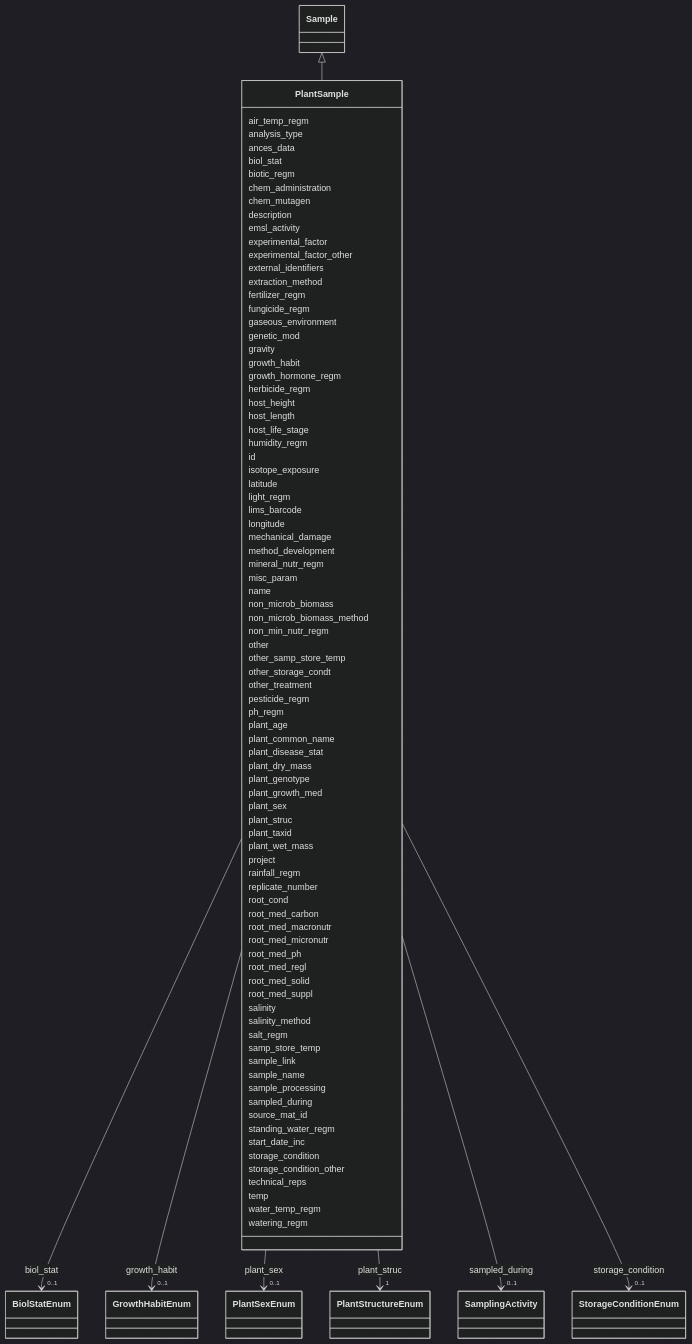
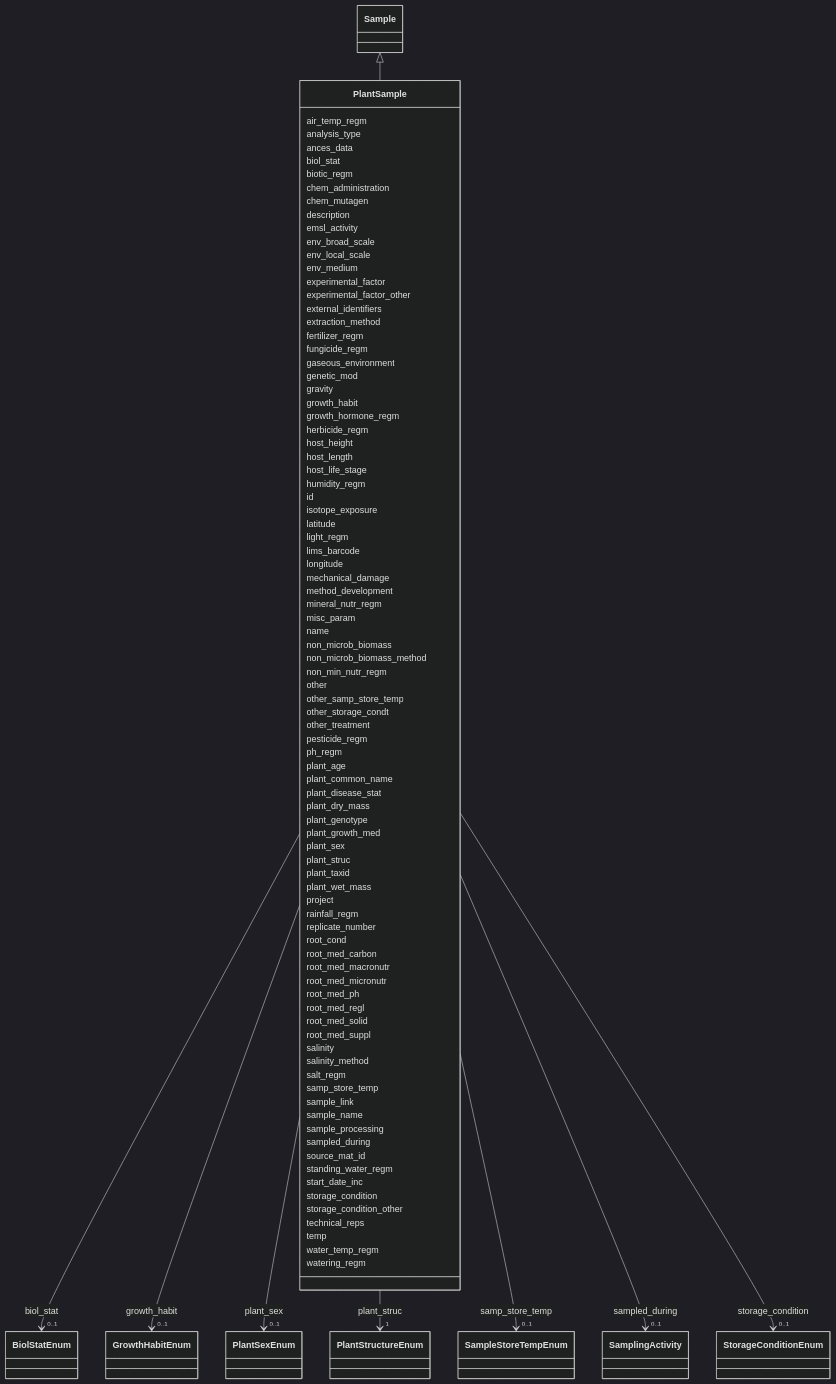
The diagram in docs/elements/PlantSample.md (EMSL-Computing/BASALT-Schema), drawn with Mermaid (dark theme) before and after one commit. The commit also changed other lines of this file and 388 other files, not shown here.

```diff
--- a/docs/elements/PlantSample.md
+++ b/docs/elements/PlantSample.md
@@ -50,6 +50,12 @@
       PlantSample : description
         
       PlantSample : emsl_activity
+        
+      PlantSample : env_broad_scale
+        
+      PlantSample : env_local_scale
+        
+      PlantSample : env_medium
         
       PlantSample : experimental_factor
         
@@ -211,6 +217,11 @@
           
     
     
+    
+    
+    PlantSample --> "0..1" SampleStoreTempEnum : samp_store_temp
+    click SampleStoreTempEnum href "../SampleStoreTempEnum"
+    
 
         
       PlantSample : sample_link
```
